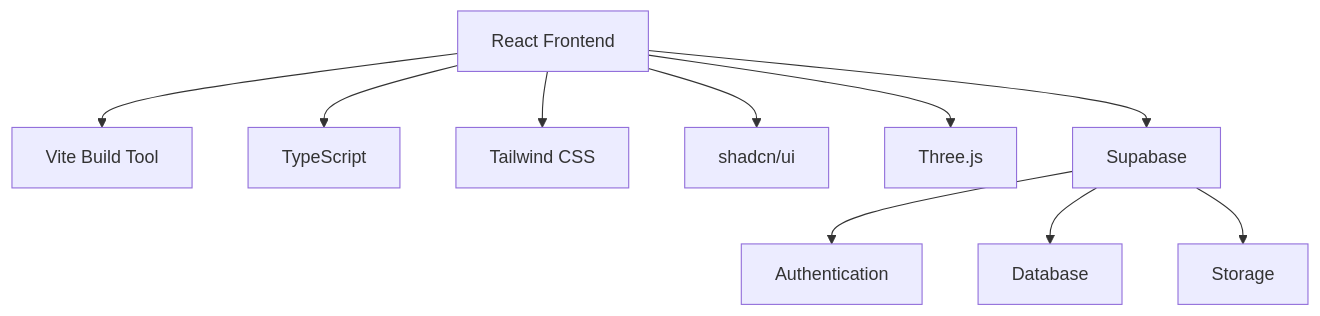
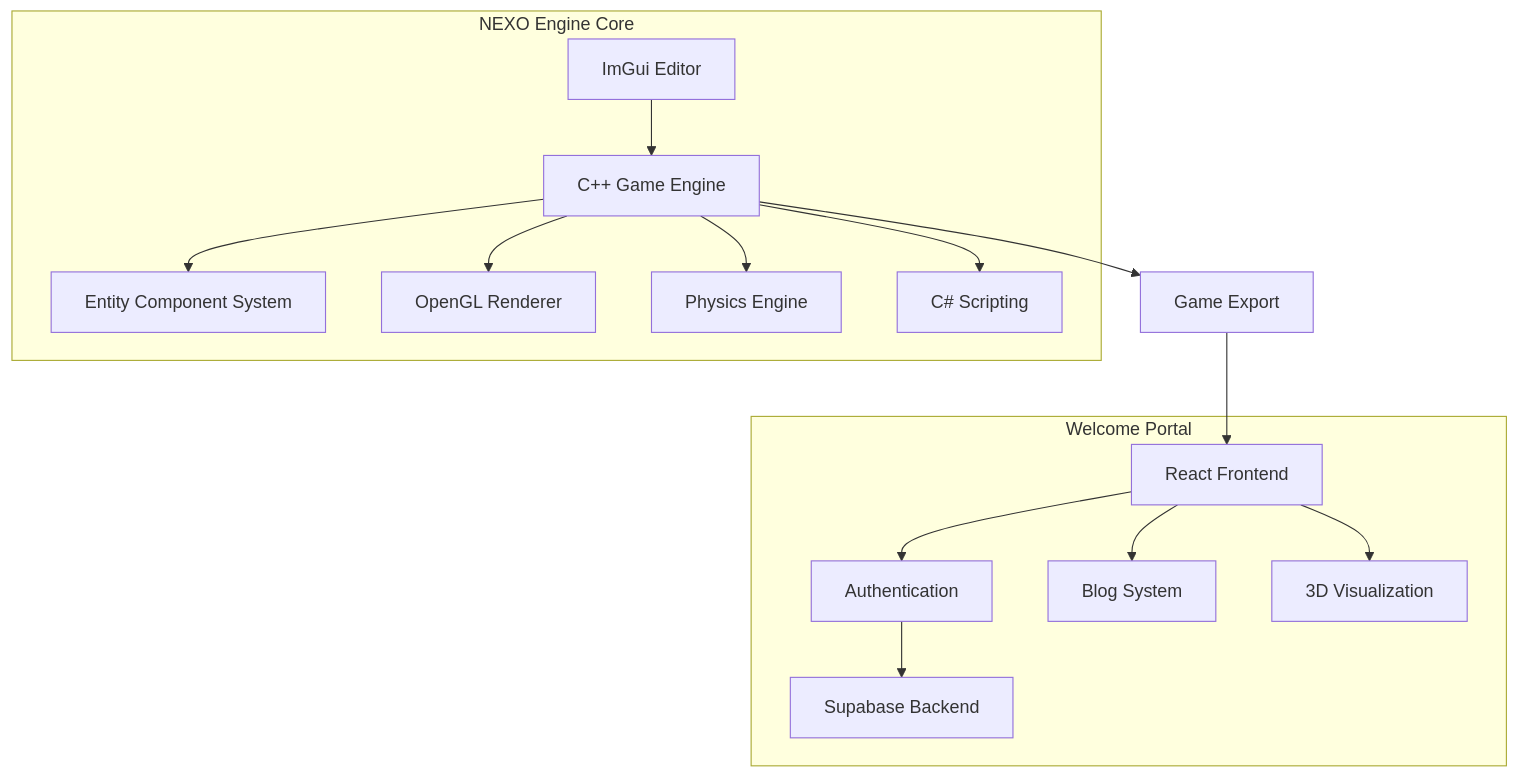
One commit to NexoEngine/nexo-website changed the diagram in docs/index.md. Above: the diagram before and after it, drawn with Mermaid. The commit also changed other lines of this file and 5 other files, not shown here.

````diff
--- a/docs/index.md
+++ b/docs/index.md
@@ -62,12 +78,20 @@
 ```mermaid
-graph TD
-    A[React Frontend] --> B[Vite Build Tool]
-    A --> C[TypeScript]
-    A --> D[Tailwind CSS]
-    A --> E[shadcn/ui]
-    A --> F[Three.js]
-    G[Supabase] --> H[Authentication]
-    G --> I[Database]
-    G --> J[Storage]
-    A --> G
+graph TB
+    subgraph "NEXO Engine Core"
+        A[C++ Game Engine] --> B[Entity Component System]
+        A --> C[OpenGL Renderer]
+        A --> D[Physics Engine]
+        A --> E[C# Scripting]
+        F[ImGui Editor] --> A
+    end
+    
+    subgraph "Welcome Portal"
+        G[React Frontend] --> H[Authentication]
+        G --> I[Blog System]
+        G --> J[3D Visualization]
+        H --> K[Supabase Backend]
+    end
+    
+    A --> L[Game Export]
+    L --> G
 ```
````
